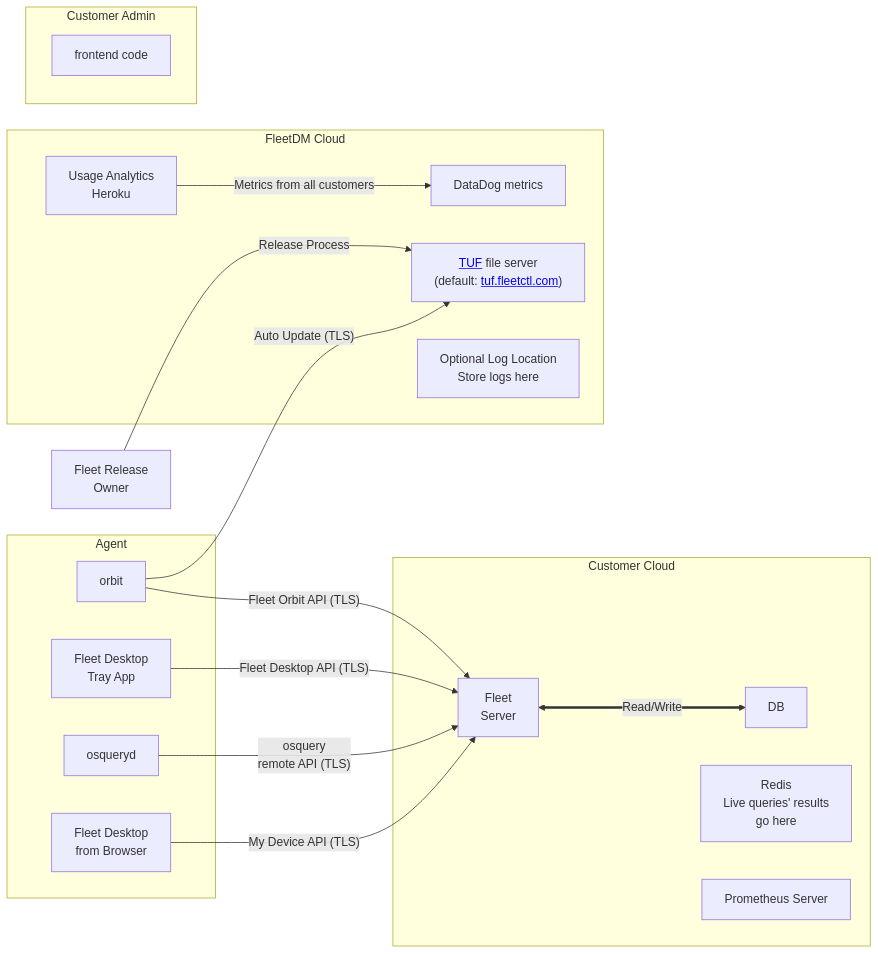
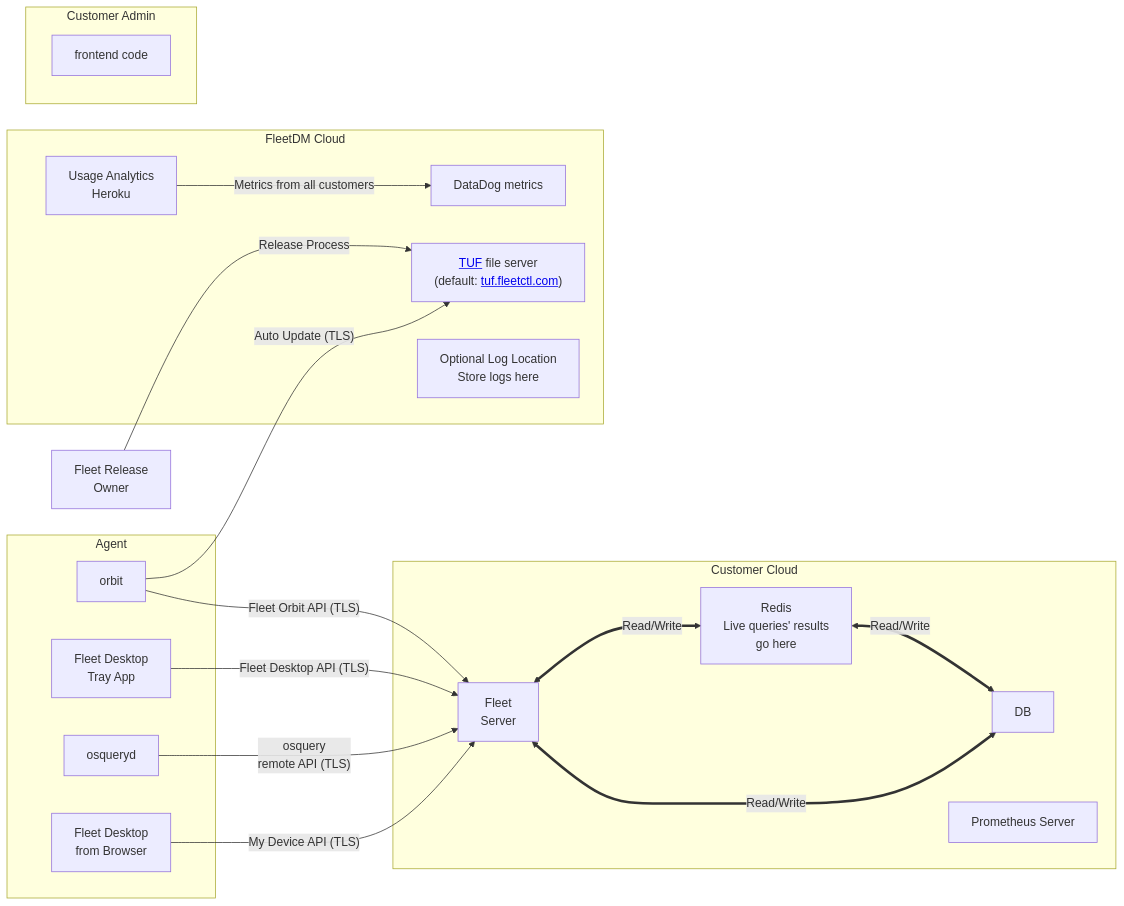
One commit to fleetdm/fleet changed the second of 2 diagrams in docs/Contributing/high-level-architecture.md. Above: the diagram before and after it, drawn with Mermaid.

````diff
--- a/docs/Contributing/high-level-architecture.md
+++ b/docs/Contributing/high-level-architecture.md
@@ -34,44 +34,46 @@
 ```mermaid
 graph LR;
     fleet_release_owner[Fleet Release<br>Owner];
 
     subgraph Agent
         orbit[orbit];
         desktop[Fleet Desktop<br>Tray App];
         osqueryd[osqueryd];
         desktop_browser[Fleet Desktop<br> from Browser];
     end
 
     subgraph Customer Cloud
         fleet_server[Fleet<br>Server];
         db[DB];
         redis[Redis<br>Live queries' results <br>go here];
         prometheus[Prometheus Server];
     end
 
     subgraph FleetDM Cloud
         tuf["<a href=https://theupdateframework.io/>TUF</a> file server<br>(default: <a href=https://tuf.fleetctl.com>tuf.fleetctl.com</a>)"];
         datadog[DataDog metrics]
         heroku[Usage Analytics<br>Heroku]
         log[Optional Log Location<br>Store logs here]
     end
 
     subgraph Customer Admin
         frontend[frontend code]
     end
 
 
     fleet_release_owner -- "Release Process" --> tuf;
 
     orbit -- "Fleet Orbit API (TLS)" --> fleet_server;
     orbit -- "Auto Update (TLS)" --> tuf;
     desktop -- "Fleet Desktop API (TLS)" --> fleet_server;
     osqueryd -- "osquery<br>remote API (TLS)" --> fleet_server;
     desktop_browser -- "My Device API (TLS)" --> fleet_server;
 
     heroku -- "Metrics from all customers" --> datadog;
 
     fleet_server <== "Read/Write" ==> db;
+    fleet_server <== "Read/Write" ==> redis;
+    redis <== "Read/Write" ==> db;
 
 
 ```
````
